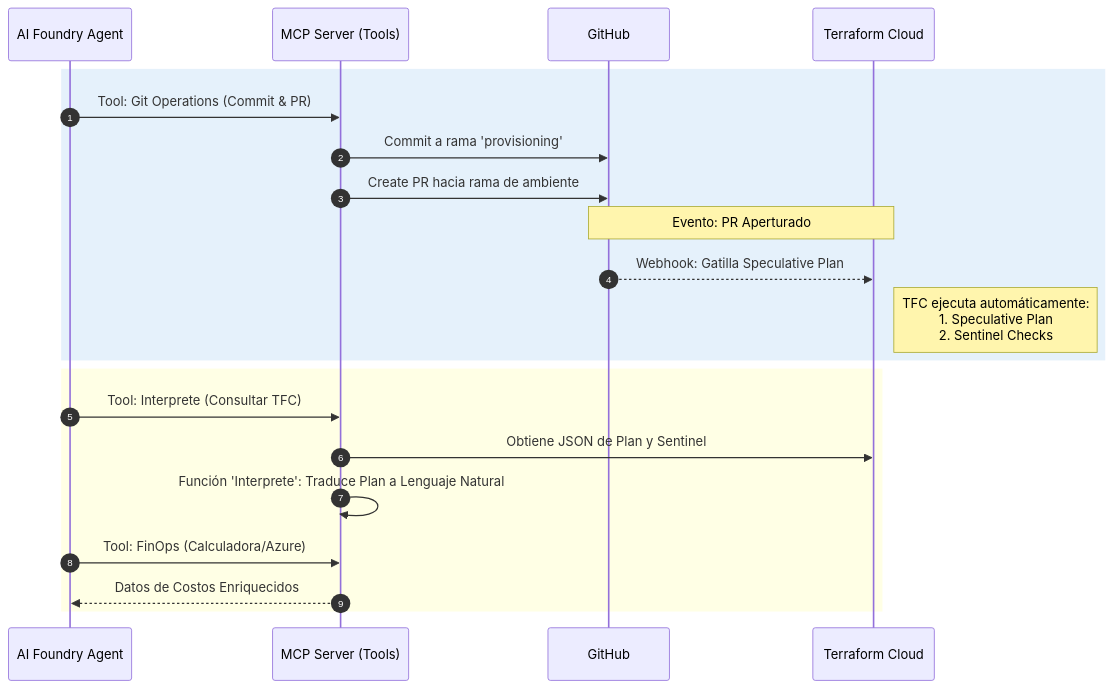
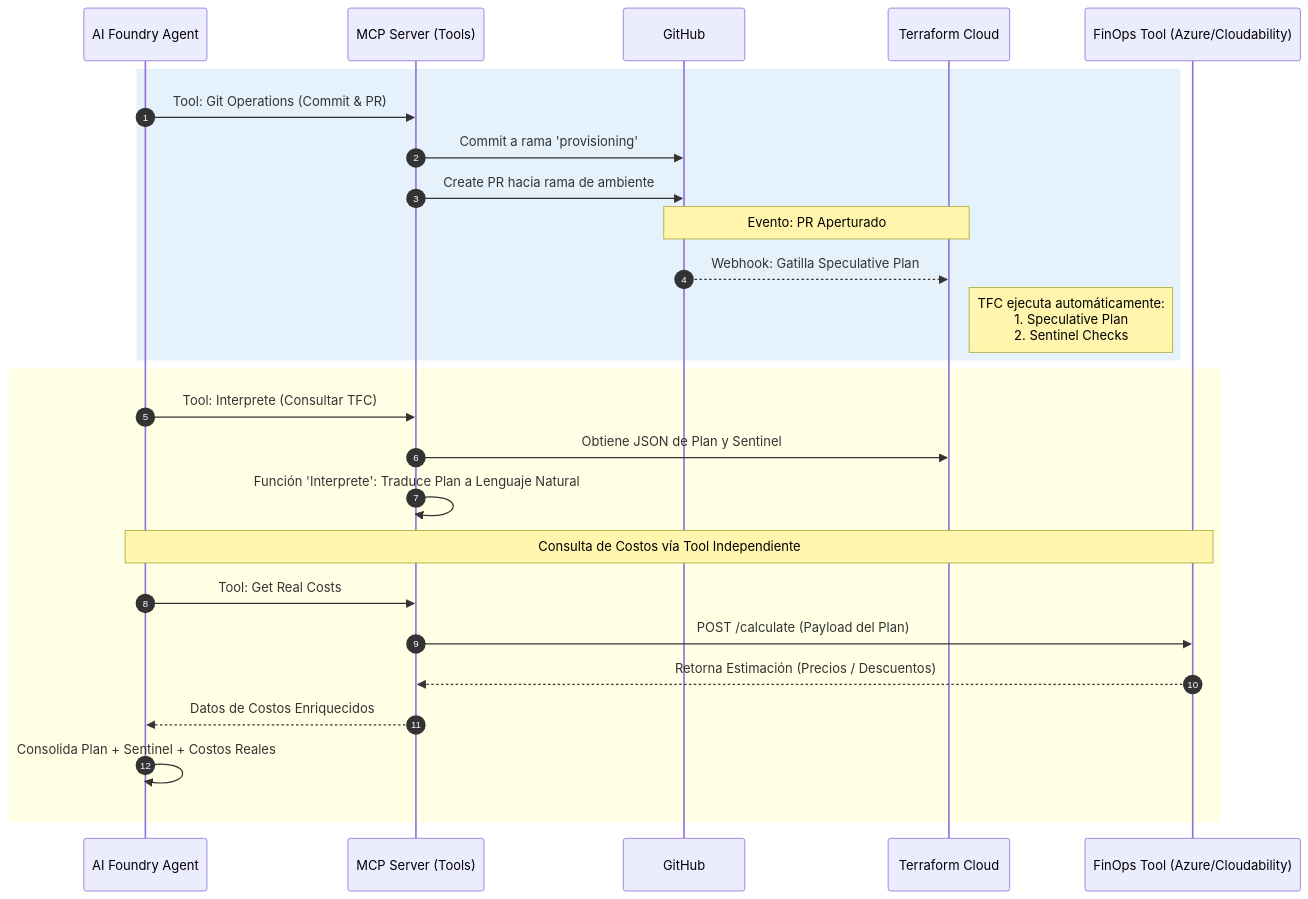
Before and after one commit to elamolina2013/diagram: the fourth of 6 diagrams in README.md, drawn with Mermaid.

Commit message:
Add FinOps tool interaction to README

````diff
--- a/README.md
+++ b/README.md
@@ -216,28 +216,34 @@
 ```mermaid
 sequenceDiagram
     autonumber
     
     participant Agent as AI Foundry Agent
     participant MCP as MCP Server (Tools)
     participant GH as GitHub
     participant TFC as Terraform Cloud
+    participant FinOps as FinOps Tool (Azure/Cloudability)
 
     %% Fase 4: GitOps y Comportamiento Natural de TFC
     rect rgba(0, 120, 215, 0.1)
         Agent->>MCP: Tool: Git Operations (Commit & PR)
         MCP->>GH: Commit a rama 'provisioning'
         MCP->>GH: Create PR hacia rama de ambiente
         Note over GH, TFC: Evento: PR Aperturado
         GH-->>TFC: Webhook: Gatilla Speculative Plan
         Note right of TFC: TFC ejecuta automáticamente:<br/>1. Speculative Plan<br/>2. Sentinel Checks
     end
 
     %% Fase 5: Interpretación y FinOps
     rect rgba(255, 255, 0, 0.1)
         Agent->>MCP: Tool: Interprete (Consultar TFC)
         MCP->>TFC: Obtiene JSON de Plan y Sentinel
         MCP->>MCP: Función 'Interprete': Traduce Plan a Lenguaje Natural
-        Agent->>MCP: Tool: FinOps (Calculadora/Azure)
-        MCP-->>Agent: Datos de Costos Enriquecidos
+
+        Note over Agent, FinOps: Consulta de Costos vía Tool Independiente
+        Agent->>MCP: Tool: Get Real Costs
+        MCP->>FinOps: POST /calculate (Payload del Plan)
+        FinOps-->>MCP: Retorna Estimación (Precios / Descuentos)
+        MCP-->>Agent: Datos de Costos Enriquecidos        
+        Agent->>Agent: Consolida Plan + Sentinel + Costos Reales  
     end
 ```
````
